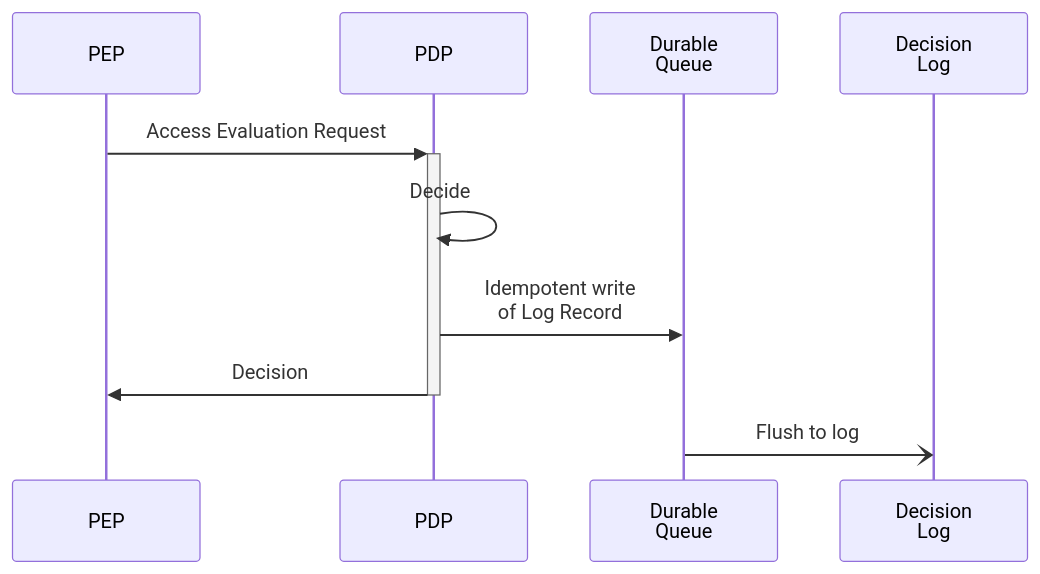
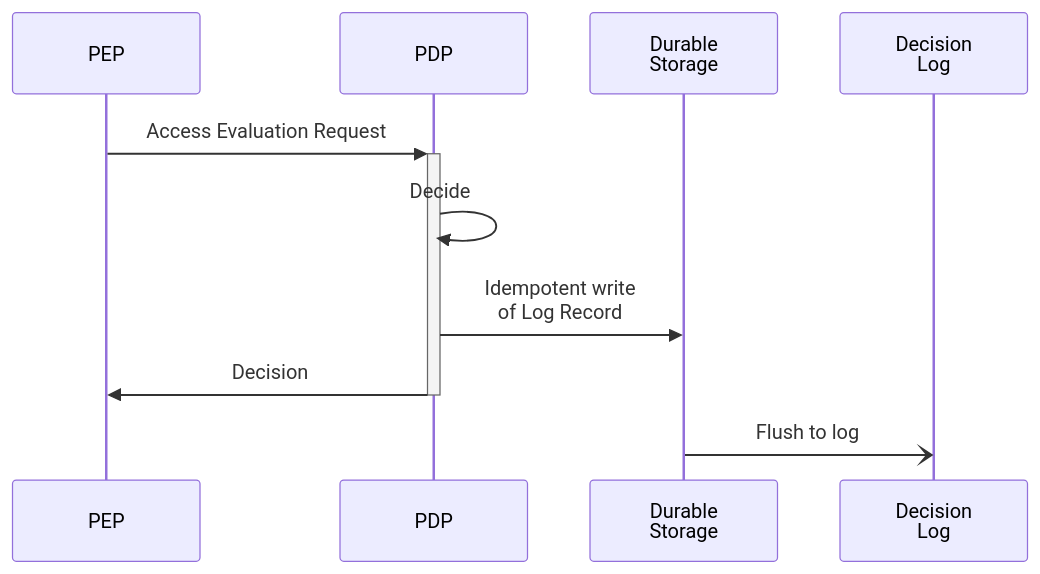
Before and after one commit to Logius-standaarden/authorization-decision-log: the diagram in media/writing-log-record.mermaid, drawn with Mermaid. The commit also changed 8 other files, not shown here.

```diff
--- a/media/writing-log-record.mermaid
+++ b/media/writing-log-record.mermaid
@@ -1,10 +1,10 @@
 sequenceDiagram
     participant PEP
     participant PDP
-    participant Queue as Durable<br/>Queue
+    participant Storage as Durable<br/>Storage
     participant ADL as Decision<br/>Log
     PEP->>+PDP: Access Evaluation Request
     PDP->>PDP: Decide
-    PDP->>Queue: Idempotent write<br/>of Log Record
+    PDP->>Storage: Idempotent write<br/>of Log Record
     PDP->>-PEP: Decision
-    Queue-)ADL: Flush to log
+    Storage-)ADL: Flush to log
```
